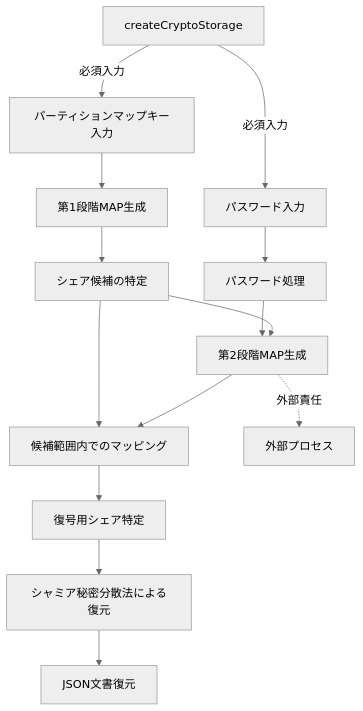
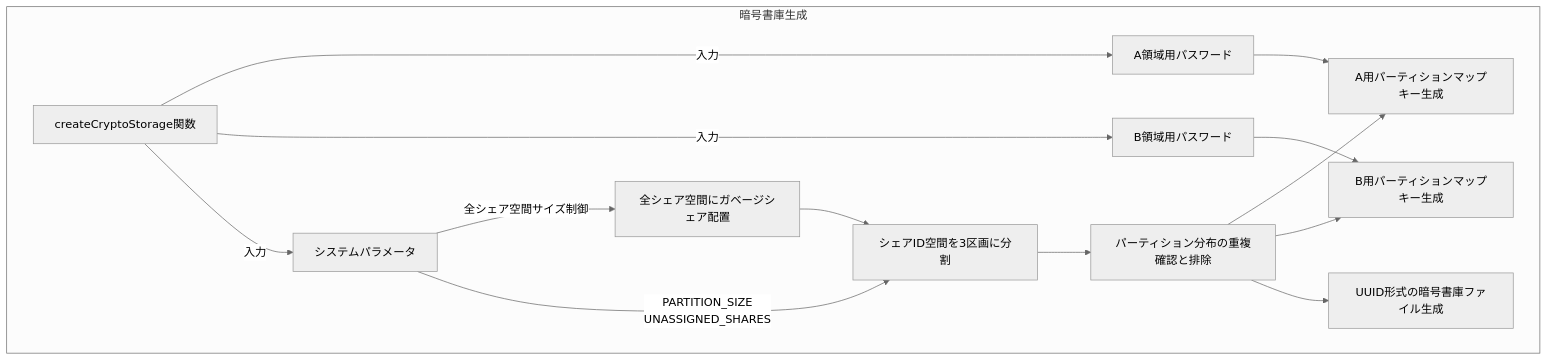
One commit to pacific-system/secret-sharing-demos-20250510 changed the second of 4 diagrams in method_13_shamir_multi_plaintext_system/design/02_architecture.md. Above: the diagram before and after it, drawn with Mermaid (neutral theme). The commit also changed other lines of this file and 132 other files, not shown here.

````diff
--- a/method_13_shamir_multi_plaintext_system/design/02_architecture.md
+++ b/method_13_shamir_multi_plaintext_system/design/02_architecture.md
@@ -109,18 +89,21 @@
 ```mermaid
 graph TD
-    Z[createCryptoStorage] --> |必須入力|A[パーティションマップキー入力]
-    Z --> |必須入力|C[パスワード入力]
-    A --> B[第1段階MAP生成]
-    B --> E[シェア候補の特定]
-    C --> CP[パスワード処理]
-    CP --> D[第2段階MAP生成]
-    E --> D
-    E --> F[候補範囲内でのマッピング]
-    D --> F
-    F --> G[復号用シェア特定]
-    G --> H[シャミア秘密分散法による復元]
-    H --> I[JSON文書復元]
+    %% createCryptoStorage処理フロー図
+    subgraph "暗号書庫生成"
+    Z[createCryptoStorage関数] --> |入力|PA[A領域用パスワード]
+    Z --> |入力|PB[B領域用パスワード]
+    Z --> |入力|SP[システムパラメータ]
 
-    %% 第2段階MAP生成はcreateCryptoStorageプロセスの外部の責任
-    D -.-> |外部責任| X[外部プロセス]
+    %% システムパラメータの利用
+    SP --> |全シェア空間サイズ制御|GS[全シェア空間にガベージシェア配置]
+    SP --> |PARTITION_SIZE<br/>UNASSIGNED_SHARES|DV[シェアID空間を3区画に分割]
+
+    GS --> DV
+    DV --> EX[パーティション分布の重複確認と排除]
+    EX --> PKA[A用パーティションマップキー生成]
+    EX --> PKB[B用パーティションマップキー生成]
+    PA --> PKA
+    PB --> PKB
+    EX --> CS[UUID形式の暗号書庫ファイル生成]
+    end
 ```
````
